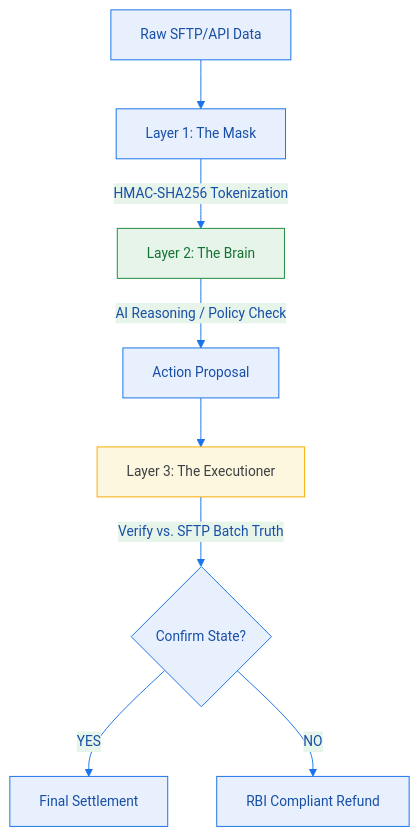
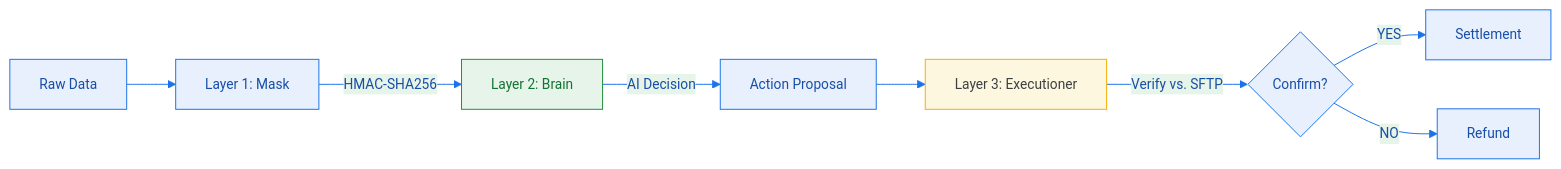
Before and after one commit to VIKAS9793/FinTech-Hub: the diagram in cases/tier-1-core/03-bbps-recon-ai/solution.md, drawn with Mermaid. The commit also changed other lines of this file and 2 other files, not shown here.

Commit message:
Docs: Complete redesign of architectural diagrams for Horizontal (LR) aspect and high reachability

````diff
--- a/cases/tier-1-core/03-bbps-recon-ai/solution.md
+++ b/cases/tier-1-core/03-bbps-recon-ai/solution.md
@@ -3,27 +3,27 @@
 ```mermaid
 ---
 config:
   theme: base
   themeVariables:
     primaryColor: "#E8F0FE"
     primaryTextColor: "#174EA6"
     primaryBorderColor: "#1A73E8"
     lineColor: "#1A73E8"
     secondaryColor: "#E6F4EA"
     tertiaryColor: "#FFF4E5"
     fontSize: "14px"
     fontFamily: "Inter, Roboto, sans-serif"
 ---
-graph TD
-    A[Raw SFTP/API Data] --> B[Layer 1: The Mask]
-    B -- "HMAC-SHA256 Tokenization" --> C[Layer 2: The Brain]
-    C -- "AI Reasoning / Policy Check" --> D[Action Proposal]
-    D --> E[Layer 3: The Executioner]
-    E -- "Verify vs. SFTP Batch Truth" --> F{Confirm State?}
-    F -- YES --> G[Final Settlement]
-    F -- NO --> H[RBI Compliant Refund]
+graph LR
+    A[Raw Data] --> B[Layer 1: Mask]
+    B -- "HMAC-SHA256" --> C[Layer 2: Brain]
+    C -- "AI Decision" --> D[Action Proposal]
+    D --> E[Layer 3: Executioner]
+    E -- "Verify vs. SFTP" --> F{Confirm?}
+    F -- YES --> G[Settlement]
+    F -- NO --> H[Refund]
 
     style B fill:#E8F0FE,stroke:#1A73E8,color:#174EA6
     style C fill:#E6F4EA,stroke:#1E8E3E,color:#137333
     style E fill:#FEF7E0,stroke:#F9AB00,color:#3C4043
 ```
````
